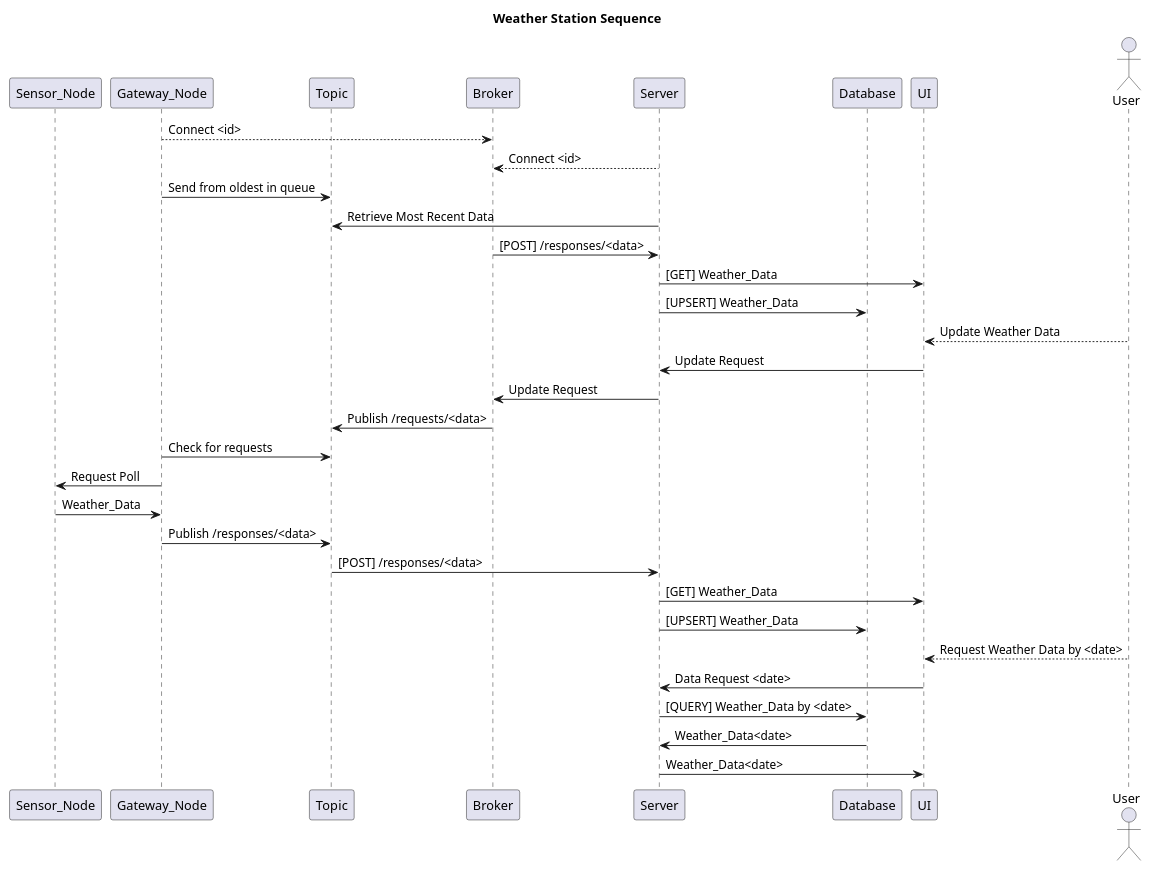
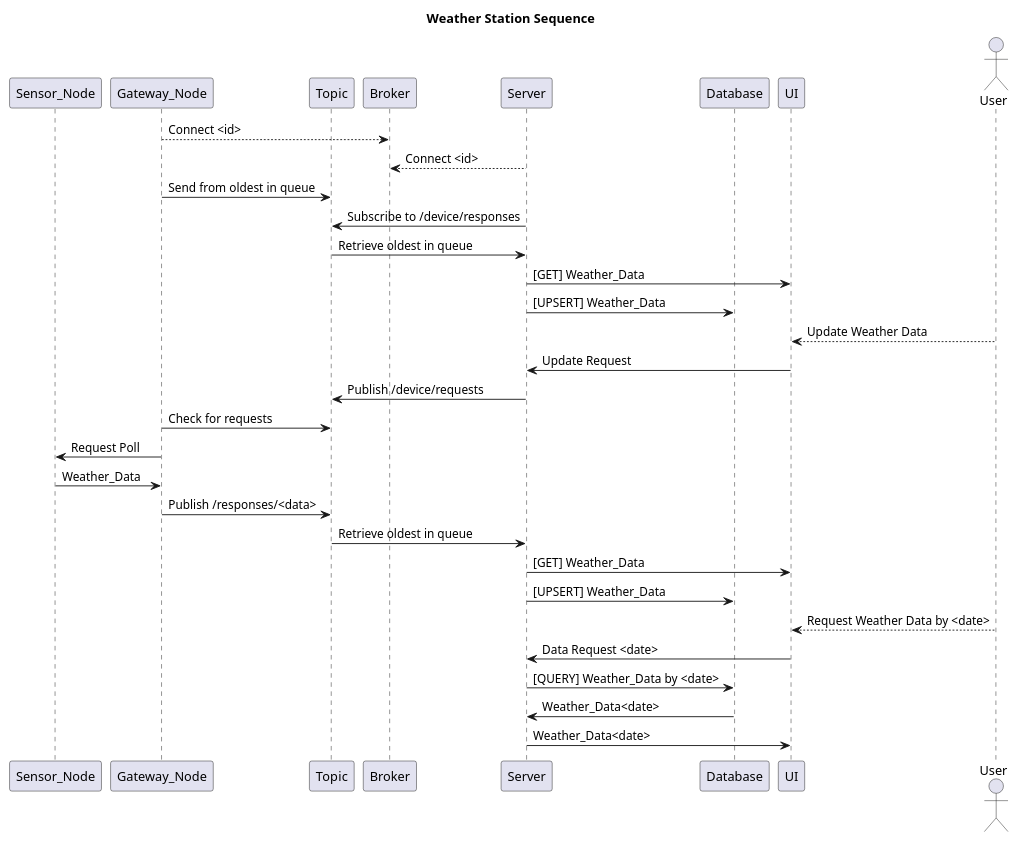
One commit to Kylertk21/Weather_Station changed the diagram in Weather_Station_Sequence.puml. Above: the diagram before and after it, drawn with PlantUML. The commit also changed 4 other files, not shown here.

```diff
--- a/Weather_Station_Sequence.puml
+++ b/Weather_Station_Sequence.puml
@@ -1,47 +1,46 @@
 @startuml
 'https://plantuml.com/sequence-diagram
 
 participant Sensor_Node
 participant Gateway_Node
 participant Topic
 participant Broker
 participant Server
 participant Database
 participant UI
 actor User
 
 title Weather Station Sequence
 scale 1
 
 Gateway_Node --> Broker : Connect <id>
 Server --> Broker : Connect <id>
 Gateway_Node -> Topic : Send from oldest in queue
-Server -> Topic : Retrieve Most Recent Data
-Broker -> Server : [POST] /responses/<data>
+Server -> Topic : Subscribe to /device/responses
+Topic -> Server : Retrieve oldest in queue
 
 Server -> UI : [GET] Weather_Data
 Server -> Database : [UPSERT] Weather_Data
 
 User --> UI : Update Weather Data
 UI -> Server : Update Request
-Server -> Broker : Update Request
 
-Broker -> Topic : Publish /requests/<data>
+Server -> Topic : Publish /device/requests
 Gateway_Node -> Topic : Check for requests
 Gateway_Node -> Sensor_Node : Request Poll
 Sensor_Node -> Gateway_Node : Weather_Data
 Gateway_Node -> Topic : Publish /responses/<data>
-Topic -> Server : [POST] /responses/<data>
+Topic -> Server : Retrieve oldest in queue
 
 Server -> UI : [GET] Weather_Data
 Server -> Database : [UPSERT] Weather_Data
 User --> UI : Request Weather Data by <date>
 
 UI -> Server : Data Request <date>
 Server -> Database : [QUERY] Weather_Data by <date>
 Database -> Server : Weather_Data<date>
 Server -> UI : Weather_Data<date>
 
 
 
 @enduml
```
